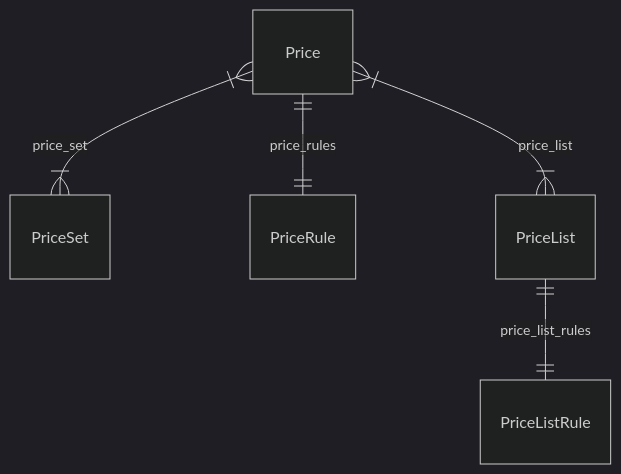
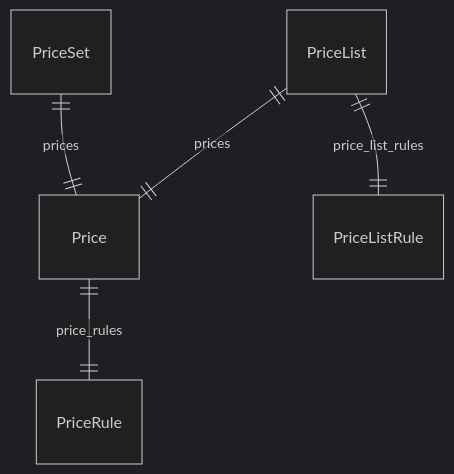
The diagram in www/apps/resources/references/modules/pricing_models/page.mdx (zaaakher/medusa), drawn with Mermaid (dark theme) before and after one commit. The commit also changed other lines of this file and 142 other files, not shown here.

````diff
--- a/www/apps/resources/references/modules/pricing_models/page.mdx
+++ b/www/apps/resources/references/modules/pricing_models/page.mdx
@@ -14,8 +14,8 @@
 ```mermaid
 erDiagram
-	Price }|--|{ PriceSet : price_set
 	Price ||--|| PriceRule : price_rules
-	Price }|--|{ PriceList : price_list
+	PriceList ||--|| Price : prices
 	PriceList ||--|| PriceListRule : price_list_rules
+	PriceSet ||--|| Price : prices
 
 ```
````
